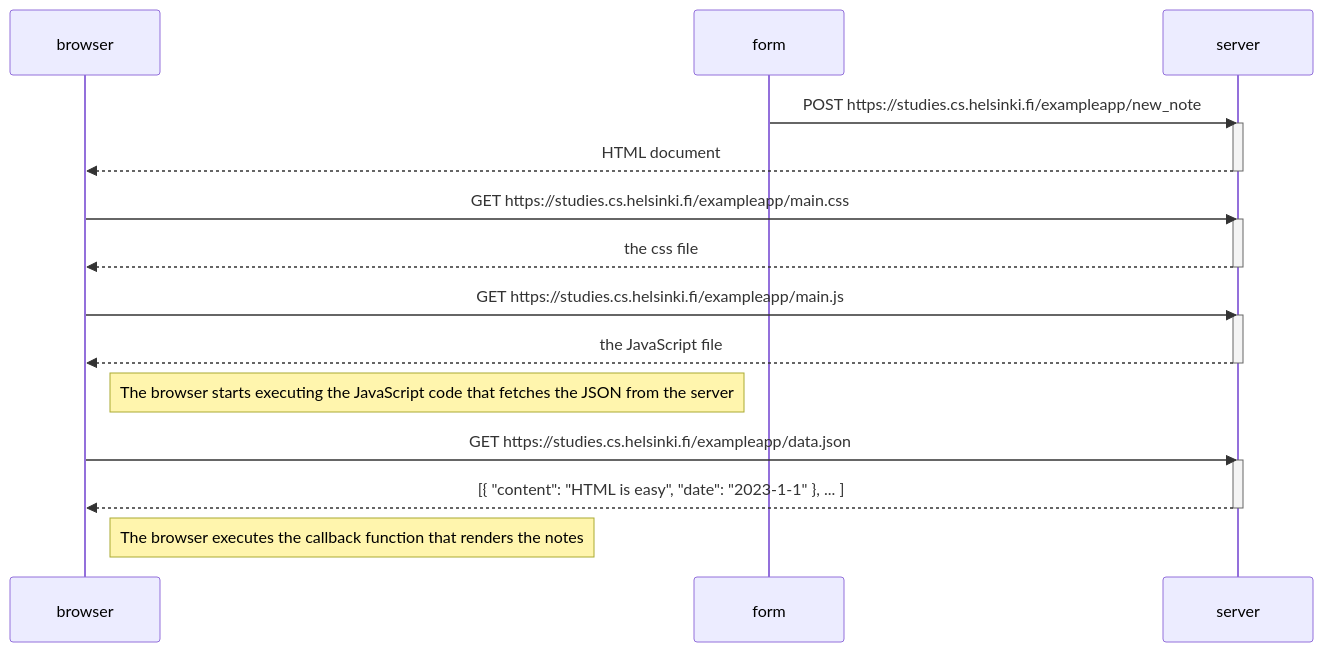
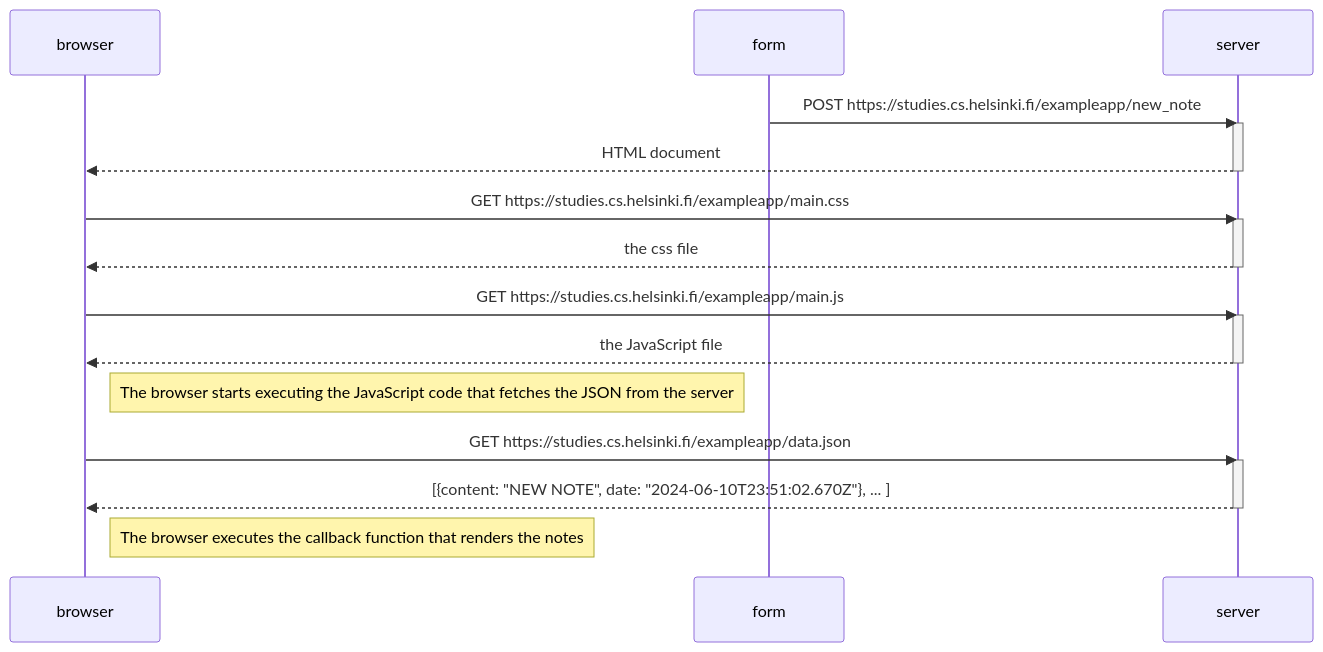
Before and after one commit to ejprietocal/part0: the diagram in .04.md, drawn with Mermaid.

````diff
--- a/.04.md
+++ b/.04.md
@@ -1,31 +1,31 @@
 ```mermaid
 sequenceDiagram
     participant browser
     participant form
     participant server
 
     form->>server: POST https://studies.cs.helsinki.fi/exampleapp/new_note
     activate server
     server-->>browser: HTML document
     deactivate server
 
     browser->>server: GET https://studies.cs.helsinki.fi/exampleapp/main.css
     activate server
     server-->>browser: the css file
     deactivate server
 
     browser->>server: GET https://studies.cs.helsinki.fi/exampleapp/main.js
     activate server
     server-->>browser: the JavaScript file
     deactivate server
 
 
     Note right of browser: The browser starts executing the JavaScript code that fetches the JSON from the server
 
     browser->>server: GET https://studies.cs.helsinki.fi/exampleapp/data.json
     activate server
-    server-->>browser: [{ "content": "HTML is easy", "date": "2023-1-1" }, ... ]
+    server-->>browser: [{content: "NEW NOTE", date: "2024-06-10T23:51:02.670Z"}, ... ]
     deactivate server
 
     Note right of browser: The browser executes the callback function that renders the notes
 ```
````
